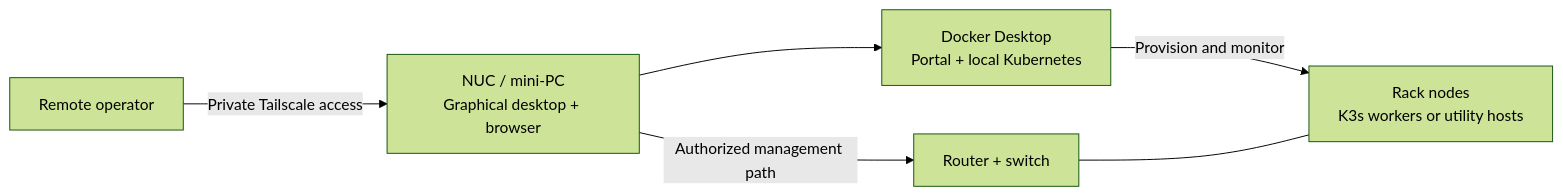
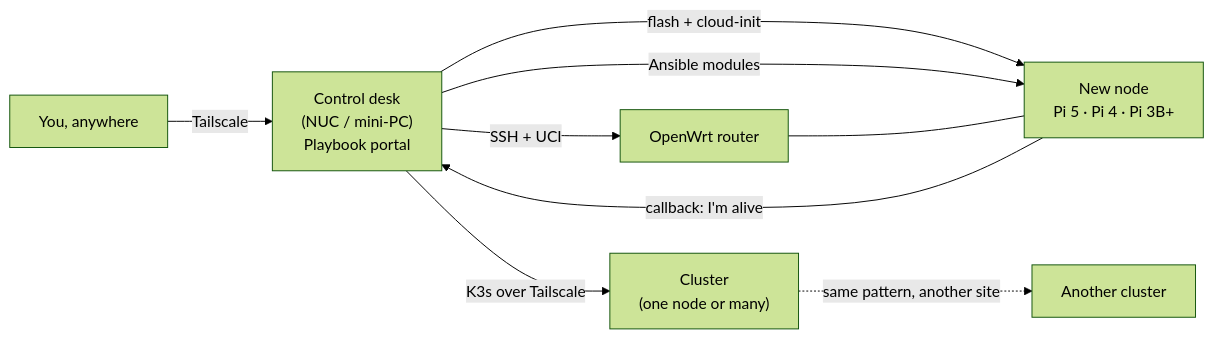
Before and after one commit to MeVsTheVoices/Playbook: the diagram in README.md, drawn with Mermaid (forest theme). The commit also changed other lines of this file and 6 other files, not shown here.

First line of the commit message:
readme: give it character; kubernetes: operator card accordion

````diff
--- a/README.md
+++ b/README.md
@@ -23,8 +33,11 @@
 ```mermaid
 flowchart LR
-    Operator["Remote operator"] -->|Private Tailscale access| Desk["NUC / mini-PC<br/>Graphical desktop + browser"]
-    Desk --> Desktop["Docker Desktop<br/>Portal + local Kubernetes"]
-    Desk -->|Authorized management path| Network["Router + switch"]
-    Desktop -->|Provision and monitor| Rack["Rack nodes<br/>K3s workers or utility hosts"]
-    Network --- Rack
+    You["You, anywhere"] -->|Tailscale| Desk["Control desk<br/>(NUC / mini-PC)<br/>Playbook portal"]
+    Desk -->|flash + cloud-init| Node["New node<br/>Pi 5 · Pi 4 · Pi 3B+"]
+    Node -->|"callback: I'm alive"| Desk
+    Desk -->|Ansible modules| Node
+    Desk -->|K3s over Tailscale| Cluster["Cluster<br/>(one node or many)"]
+    Cluster -.->|same pattern, another site| Cluster2["Another cluster"]
+    Router["OpenWrt router"] --- Node
+    Desk -->|SSH + UCI| Router
 ```
````
